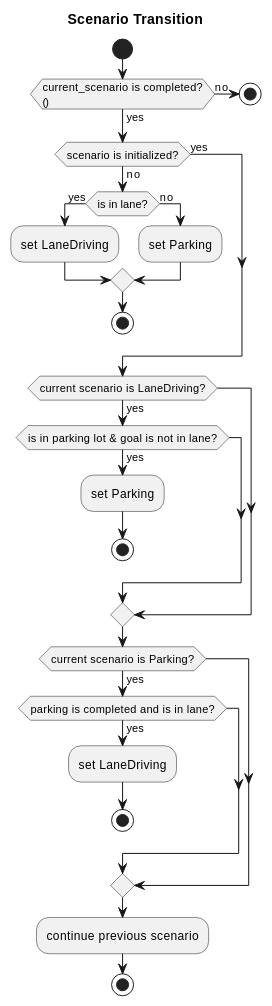
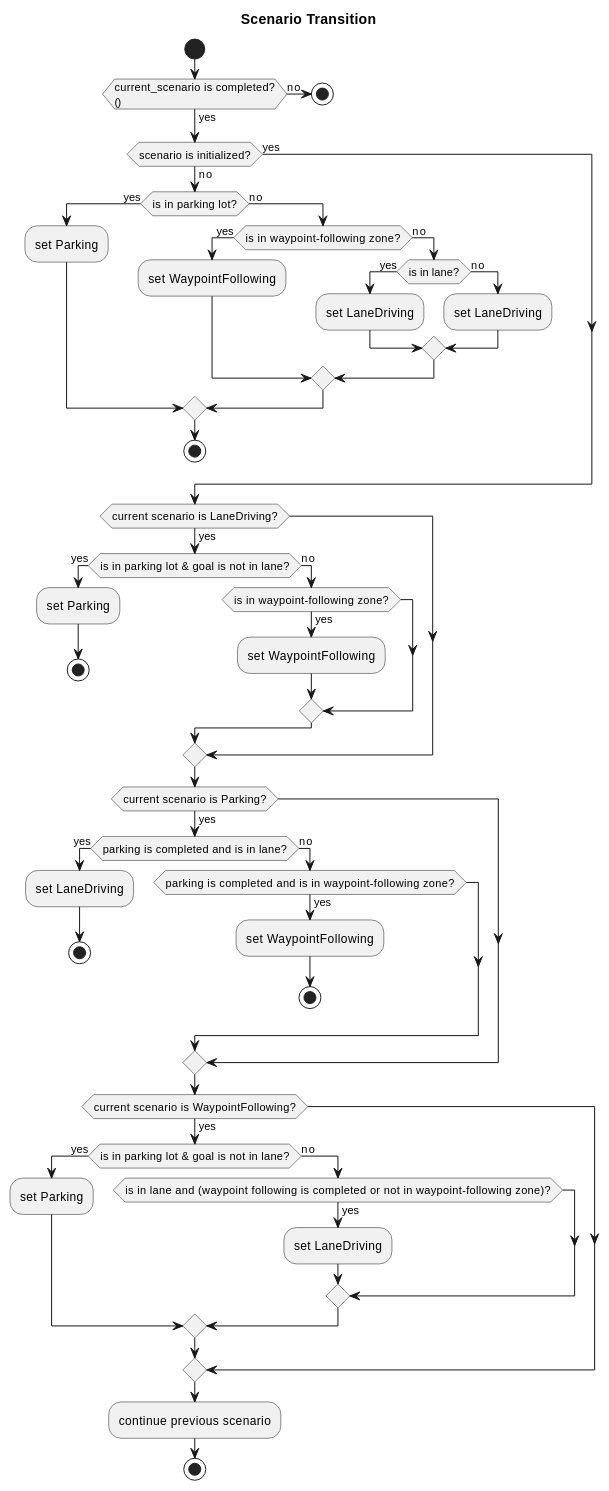
One commit to tier4/autoware_universe changed the second of 2 diagrams in planning/autoware_scenario_selector/README.md. Above: the diagram before and after it, drawn with PlantUML. The commit also changed other lines of this file, not shown here.

````diff
--- a/planning/autoware_scenario_selector/README.md
+++ b/planning/autoware_scenario_selector/README.md
@@ -73,43 +75,71 @@
 ```plantuml
 @startuml
 title Scenario Transition
 start
 
 if (current_scenario is completed?\n()) then (yes)
 else (no)
   stop
 endif
 
 ' Empty
 if (scenario is initialized?) then (yes)
 else (no)
-  if (is in lane?) then (yes)
-    :set LaneDriving;
+  if (is in parking lot?) then (yes)
+    :set Parking;
   else (no)
-    :set Parking;
+    if (is in waypoint-following zone?) then (yes)
+      :set WaypointFollowing;
+    else (no)
+      if (is in lane?) then (yes)
+        :set LaneDriving;
+      else (no)
+        :set LaneDriving;
+      endif
+    endif
   endif
 
   stop
 endif
 
 ' LaneDriving
 if (current scenario is LaneDriving?) then (yes)
   if (is in parking lot & goal is not in lane?) then (yes)
     :set Parking;
     stop
+  else (no)
+    if (is in waypoint-following zone?) then (yes)
+      :set WaypointFollowing;
+    endif
   endif
 endif
 
 ' Parking
 if (current scenario is Parking?) then (yes)
   if (parking is completed and is in lane?) then (yes)
     :set LaneDriving;
     stop
+  else (no)
+    if (parking is completed and is in waypoint-following zone?) then (yes)
+      :set WaypointFollowing;
+      stop
+    endif
+  endif
+endif
+
+' WaypointFollowing
+if (current scenario is WaypointFollowing?) then (yes)
+  if (is in parking lot & goal is not in lane?) then (yes)
+    :set Parking;
+  else (no)
+    if (is in lane and (waypoint following is completed or not in waypoint-following zone)?) then (yes)
+      :set LaneDriving;
+    endif
   endif
 endif
 
 :continue previous scenario;
 
 stop
 @enduml
 ```
````
